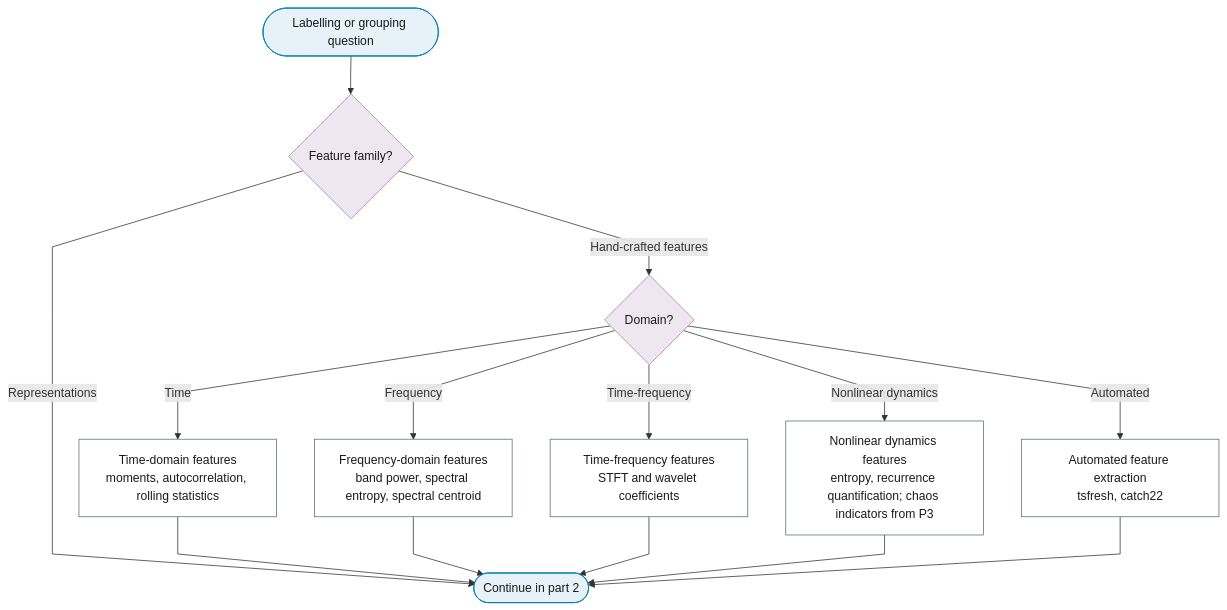
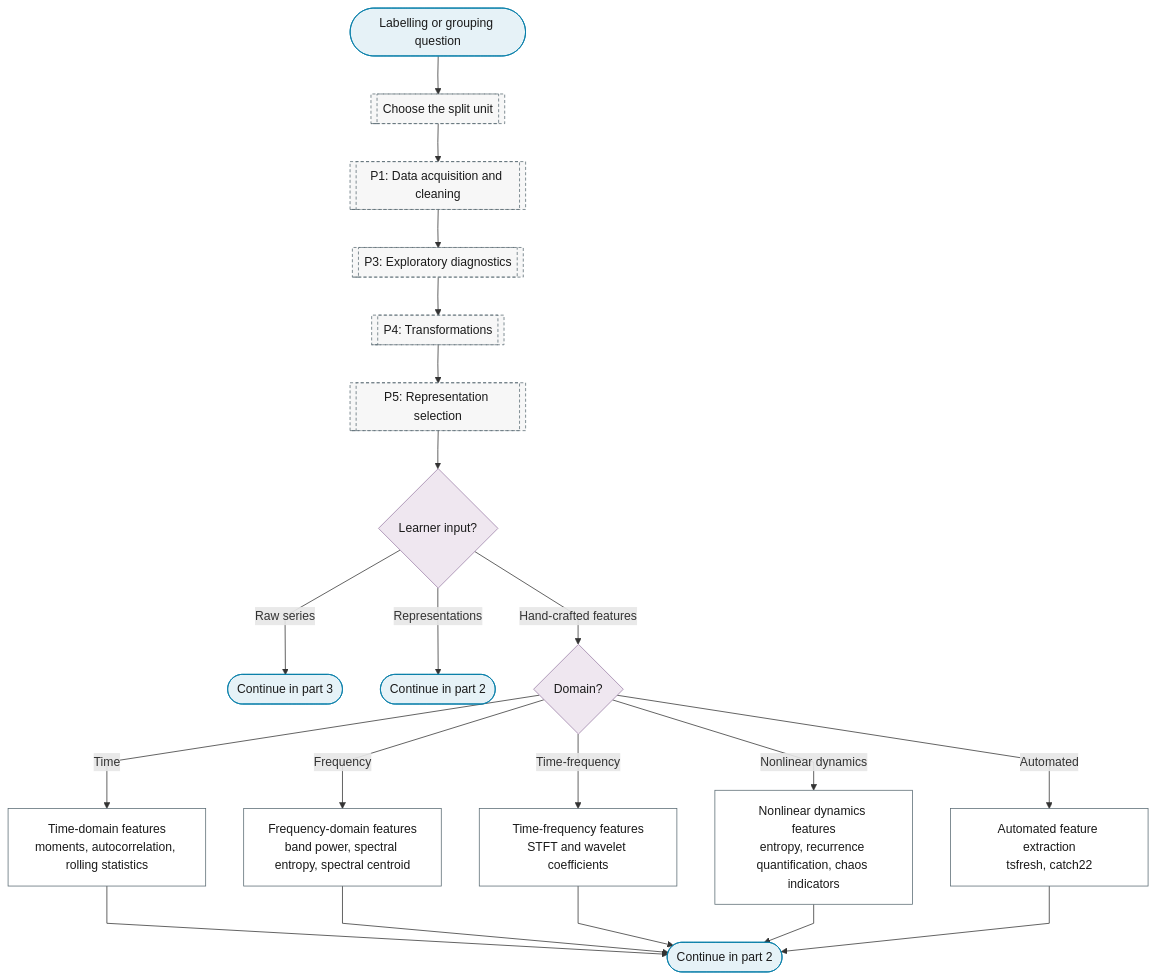
The first of 4 diagrams in docs/01-workflow/p00-purpose/07-feature-extraction-classification.md (Shuxin-Y/time-series-analysis-manual), drawn with Mermaid before and after one commit. The commit also changed other lines of this file and 20 other files, not shown here.

````diff
--- a/docs/01-workflow/p00-purpose/07-feature-extraction-classification.md
+++ b/docs/01-workflow/p00-purpose/07-feature-extraction-classification.md
@@ -9,24 +9,31 @@
 ```mermaid
 %%{init: {"flowchart": {"curve": "linear"}}}%%
 graph TD
-    P0_FE_IN(["Labelling or grouping question"]) --> P0_FE_FEATURE_Q{"Feature family?"}
-    P0_FE_FEATURE_Q -->|"Hand-crafted features"| P0_FE_HANDCRAFTED{"Domain?"}
-    P0_FE_FEATURE_Q -->|"Representations"| P0_FE_TO_PART_2
+    P0_FE_IN(["Labelling or grouping question"]) --> P0_SPLIT_UNIT[["Choose the split unit"]]
+    P0_SPLIT_UNIT --> P1[["P1: Data acquisition and cleaning"]]
+    P1 --> P3[["P3: Exploratory diagnostics"]]
+    P3 --> P4[["P4: Transformations"]]
+    P4 --> P5[["P5: Representation selection"]]
+    P5 --> P0_FE_INPUT{"Learner input?"}
+    P0_FE_INPUT -->|"Raw series"| P0_FE_TO_PART_3(["Continue in part 3"])
+    P0_FE_INPUT -->|"Representations"| P0_FE_TO_PART_2(["Continue in part 2"])
+    P0_FE_INPUT -->|"Hand-crafted features"| P0_FE_HANDCRAFTED{"Domain?"}
     P0_FE_HANDCRAFTED -->|"Time"| P0_FE_TIME_FEATURES["Time-domain features<br/>moments, autocorrelation, rolling statistics"]
     P0_FE_HANDCRAFTED -->|"Frequency"| P0_FE_FREQ_FEATURES["Frequency-domain features<br/>band power, spectral entropy, spectral centroid"]
     P0_FE_HANDCRAFTED -->|"Time-frequency"| P0_FE_TF_FEATURES["Time-frequency features<br/>STFT and wavelet coefficients"]
-    P0_FE_HANDCRAFTED -->|"Nonlinear dynamics"| P0_FE_NONLINEAR_FEATURES["Nonlinear dynamics features<br/>entropy, recurrence quantification; chaos indicators from P3"]
+    P0_FE_HANDCRAFTED -->|"Nonlinear dynamics"| P0_FE_NONLINEAR_FEATURES["Nonlinear dynamics features<br/>entropy, recurrence quantification, chaos indicators"]
     P0_FE_HANDCRAFTED -->|"Automated"| P0_FE_AUTOMATED["Automated feature extraction<br/>tsfresh, catch22"]
-    P0_FE_TIME_FEATURES & P0_FE_FREQ_FEATURES & P0_FE_TF_FEATURES & P0_FE_NONLINEAR_FEATURES & P0_FE_AUTOMATED --> P0_FE_TO_PART_2(["Continue in part 2"])
-    class P0_FE_IN,P0_FE_TO_PART_2 terminator
-    class P0_FE_FEATURE_Q,P0_FE_HANDCRAFTED decision
+    P0_FE_TIME_FEATURES & P0_FE_FREQ_FEATURES & P0_FE_TF_FEATURES & P0_FE_NONLINEAR_FEATURES & P0_FE_AUTOMATED --> P0_FE_FEATURES_TO_PART_2(["Continue in part 2"])
+    class P0_FE_IN,P0_FE_TO_PART_3,P0_FE_TO_PART_2,P0_FE_FEATURES_TO_PART_2 terminator
+    class P0_FE_INPUT,P0_FE_HANDCRAFTED decision
     class P0_FE_TIME_FEATURES,P0_FE_FREQ_FEATURES,P0_FE_TF_FEATURES,P0_FE_NONLINEAR_FEATURES,P0_FE_AUTOMATED process
+    class P0_SPLIT_UNIT,P1,P3,P4,P5 ref
     classDef terminator fill:#E6F2F7,stroke:#007BA7,color:#1A1A1A;
     classDef process fill:#FFFFFF,stroke:#5A6B73,color:#1A1A1A;
     classDef decision fill:#EFE7F0,stroke:#9B7FA7,color:#1A1A1A;
     classDef data fill:#FFF4E0,stroke:#C9A55E,color:#1A1A1A;
     classDef good fill:#DCEFD8,stroke:#4A7A3F,color:#1A1A1A;
     classDef escalate fill:#FFE9C2,stroke:#C9A55E,color:#1A1A1A;
     classDef problem fill:#F2D9DE,stroke:#800020,color:#1A1A1A;
     classDef ref fill:#F7F7F7,stroke:#5A6B73,color:#1A1A1A,stroke-dasharray:4 3;
 ```
````
